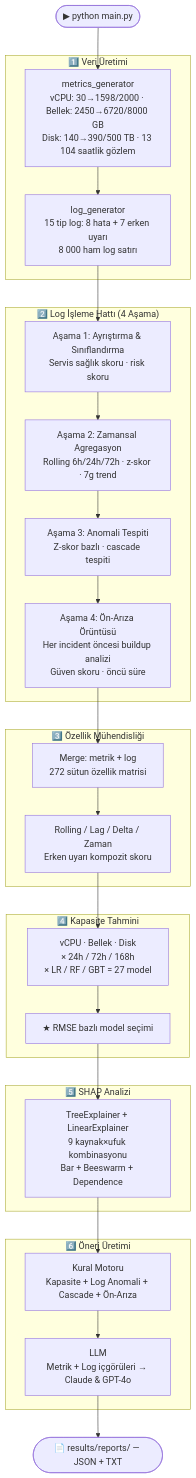
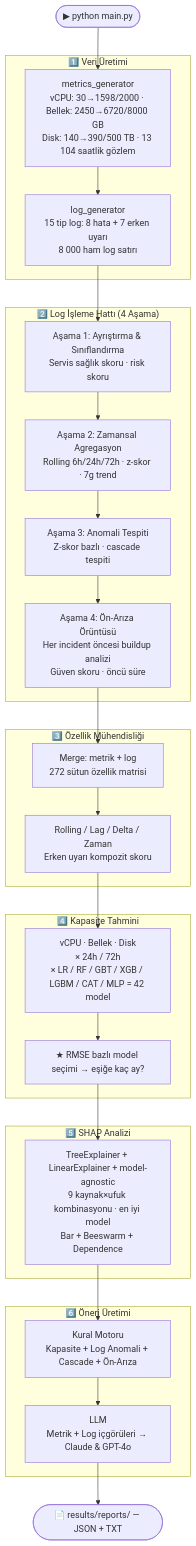
Before and after one commit to ysfkyya/cloudmon: the diagram in README.md, drawn with Mermaid. The commit also changed other lines of this file and 14 other files, not shown here.

````diff
--- a/README.md
+++ b/README.md
@@ -139,51 +140,51 @@
 ```mermaid
 flowchart TD
     A([▶ python main.py]) --> B
 
     subgraph ADIM1 ["1️⃣  Veri Üretimi"]
         B[metrics_generator\nvCPU: 30→1598/2000 · Bellek: 2450→6720/8000 GB\nDisk: 140→390/500 TB · 13 104 saatlik gözlem]
         C[log_generator\n15 tip log: 8 hata + 7 erken uyarı\n8 000 ham log satırı]
         B --> C
     end
 
     C --> D
 
     subgraph ADIM2 ["2️⃣  Log İşleme Hattı (4 Aşama)"]
         D[Aşama 1: Ayrıştırma & Sınıflandırma\nServis sağlık skoru · risk skoru]
         E[Aşama 2: Zamansal Agregasyon\nRolling 6h/24h/72h · z-skor · 7g trend]
         F[Aşama 3: Anomali Tespiti\nZ-skor bazlı · cascade tespiti]
         G[Aşama 4: Ön-Arıza Örüntüsü\nHer incident öncesi buildup analizi\nGüven skoru · öncü süre]
         D --> E --> F --> G
     end
 
     G --> H
 
     subgraph ADIM3 ["3️⃣  Özellik Mühendisliği"]
         H[Merge: metrik + log\n272 sütun özellik matrisi]
         I[Rolling / Lag / Delta / Zaman\nErken uyarı kompozit skoru]
         H --> I
     end
 
     I --> J
 
     subgraph ADIM4 ["4️⃣  Kapasite Tahmini"]
-        J[vCPU · Bellek · Disk\n× 24h / 72h / 168h\n× LR / RF / GBT = 27 model]
-        J --> J1[★ RMSE bazlı model seçimi]
+        J[vCPU · Bellek · Disk\n× 24h / 72h\n× LR / RF / GBT / XGB / LGBM / CAT / MLP = 42 model]
+        J --> J1[★ RMSE bazlı model seçimi → eşiğe kaç ay?]
     end
 
     J1 --> K
 
     subgraph ADIM5 ["5️⃣  SHAP Analizi"]
-        K[TreeExplainer + LinearExplainer\n9 kaynak×ufuk kombinasyonu\nBar + Beeswarm + Dependence]
+        K[TreeExplainer + LinearExplainer + model-agnostic\n9 kaynak×ufuk kombinasyonu · en iyi model\nBar + Beeswarm + Dependence]
     end
 
     K --> L
 
     subgraph ADIM6 ["6️⃣  Öneri Üretimi"]
         L[Kural Motoru\nKapasite + Log Anomali + Cascade + Ön-Arıza]
         M[LLM\nMetrik + Log içgörüleri → Claude & GPT-4o]
         L --> M
     end
 
     M --> N([📄 results/reports/ — JSON + TXT])
 ```
````
